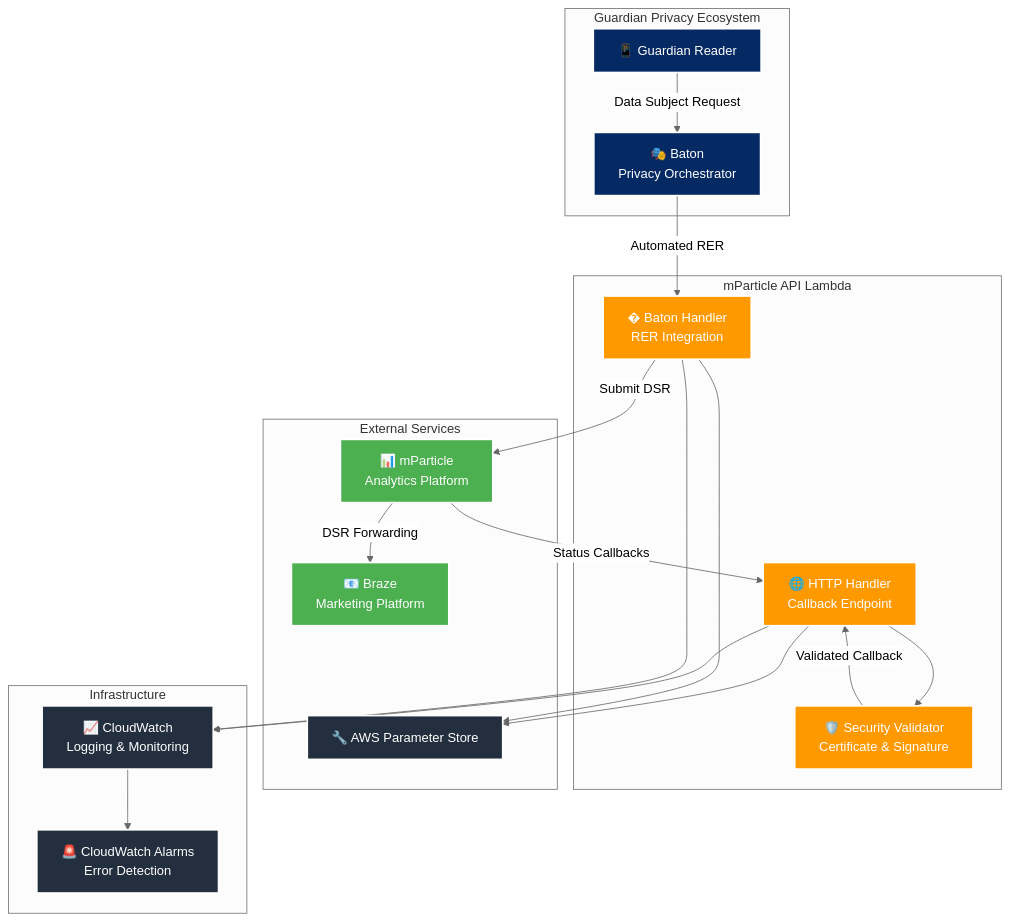
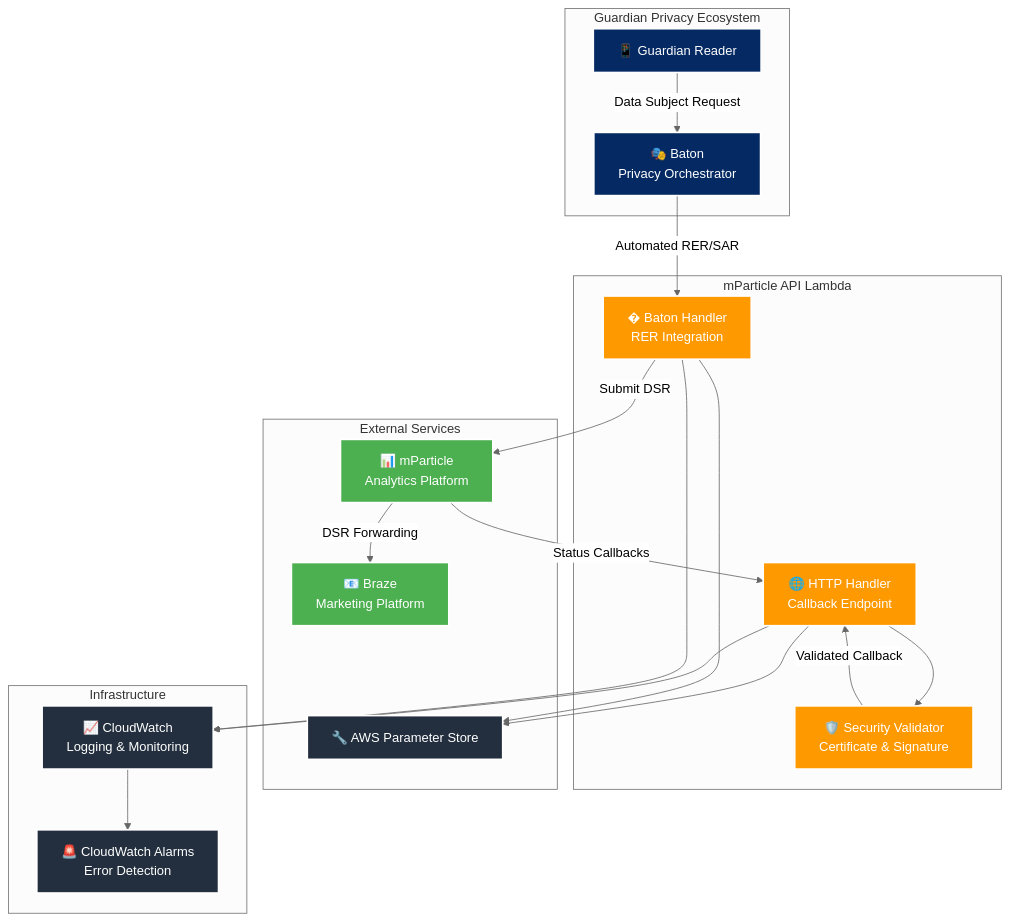
Before and after one commit to guardian/support-service-lambdas: the first of 3 diagrams in handlers/mparticle-api/README.md, drawn with Mermaid (neutral theme). The commit also changed other lines of this file, not shown here.

Commit message:
feat(mparticle-api): enhance README with Subject Access Request (SAR) details and clarify privacy rights fulfillment

````diff
--- a/handlers/mparticle-api/README.md
+++ b/handlers/mparticle-api/README.md
@@ -105,56 +106,56 @@
 ```mermaid
 graph TB
     subgraph "Guardian Privacy Ecosystem"
         BATON[🎭 Baton<br/>Privacy Orchestrator]
         READER[📱 Guardian Reader]
     end
     
     subgraph "mParticle API Lambda"
         HTTP[🌐 HTTP Handler<br/>Callback Endpoint]
         BATON_H[� Baton Handler<br/>RER Integration]
         VALIDATOR[🛡️ Security Validator<br/>Certificate & Signature]
     end
     
     subgraph "External Services"
         MPARTICLE[📊 mParticle<br/>Analytics Platform]
         BRAZE[📧 Braze<br/>Marketing Platform]
         PARAMS[🔧 AWS Parameter Store]
     end
     
     subgraph "Infrastructure"
         CW[📈 CloudWatch<br/>Logging & Monitoring]
         ALARMS[🚨 CloudWatch Alarms<br/>Error Detection]
     end
 
     %% Request Flows
     READER -->|Data Subject Request| BATON
-    BATON -->|Automated RER| BATON_H
+    BATON -->|Automated RER/SAR| BATON_H
     
     %% Processing
     BATON_H -->|Submit DSR| MPARTICLE
     
     %% Data Flow
     MPARTICLE -->|Status Callbacks| HTTP
     HTTP --> VALIDATOR
     VALIDATOR -->|Validated Callback| HTTP
     MPARTICLE -->|DSR Forwarding| BRAZE
     
     %% Configuration
     HTTP --> PARAMS
     BATON_H --> PARAMS
     
     %% Monitoring
     HTTP --> CW
     BATON_H --> CW
     CW --> ALARMS
 
     classDef guardian fill:#052962,stroke:#ffffff,stroke-width:2px,color:#ffffff
     classDef lambda fill:#ff9900,stroke:#ffffff,stroke-width:2px,color:#ffffff
     classDef external fill:#4CAF50,stroke:#ffffff,stroke-width:2px,color:#ffffff
     classDef aws fill:#232F3E,stroke:#ffffff,stroke-width:2px,color:#ffffff
     
     class BATON,READER guardian
     class HTTP,BATON_H,VALIDATOR lambda
     class MPARTICLE,BRAZE external
     class PARAMS,CW,ALARMS aws
 ```
````
